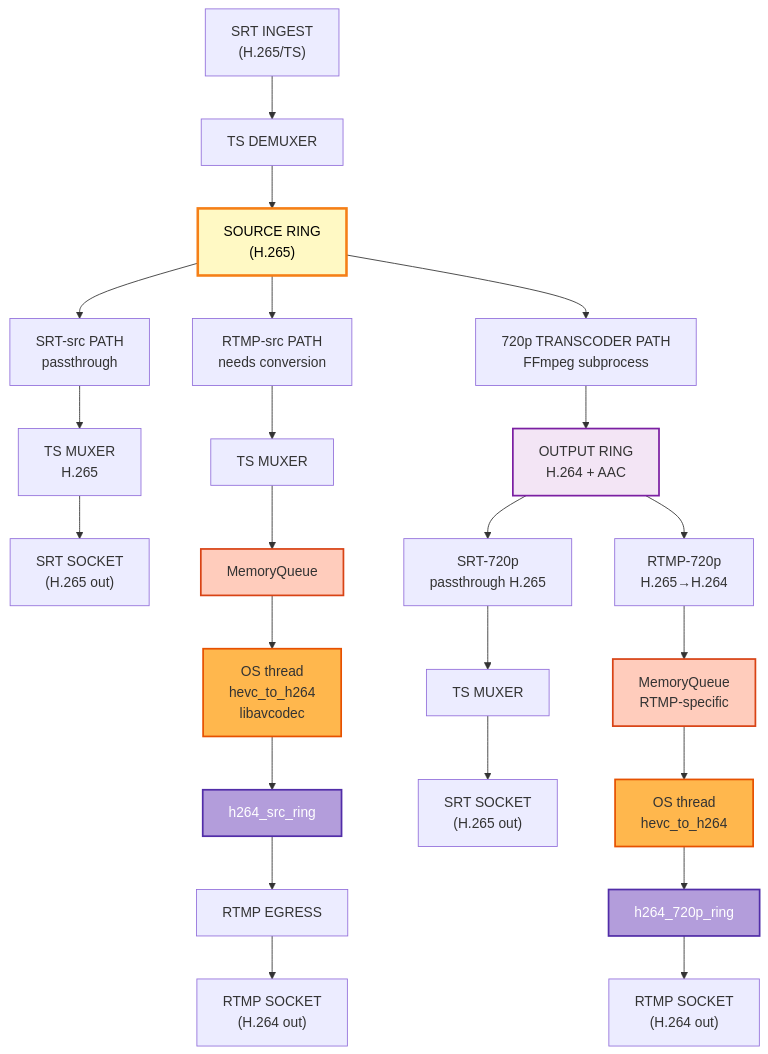
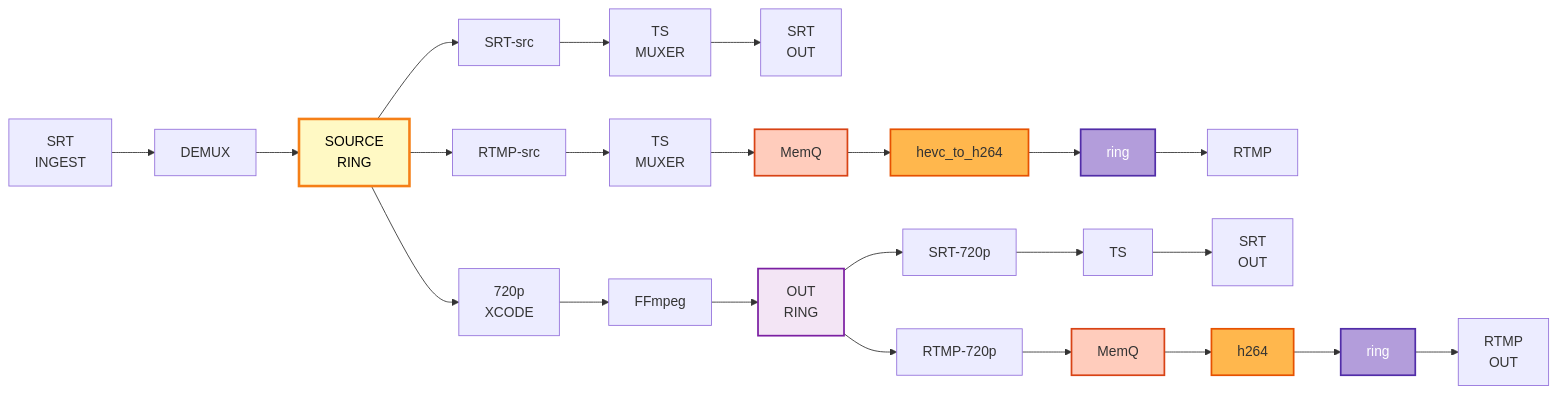
Diagram 17 of 24 in docs/run-to-completion-analysis.md (live-miracles/restream), drawn with Mermaid before and after one commit. The commit also changed other lines of this file, not shown here.

First line of the commit message:
Restructure diagrams to use horizontal layout for vertical space efficiency

````diff
--- a/docs/run-to-completion-analysis.md
+++ b/docs/run-to-completion-analysis.md
@@ -786,47 +649,18 @@
 ```mermaid
-graph TD
-    A["SRT INGEST<br/>(H.265/TS)"]
-    B["TS DEMUXER"]
-    C["SOURCE RING<br/>(H.265)"]
-    
-    D["SRT-src PATH<br/>passthrough"]
-    E["TS MUXER<br/>H.265"]
-    F["SRT SOCKET<br/>(H.265 out)"]
-    
-    G["RTMP-src PATH<br/>needs conversion"]
-    H["TS MUXER"]
-    I["MemoryQueue"]
-    J["OS thread<br/>hevc_to_h264<br/>libavcodec"]
-    K["h264_src_ring"]
-    L["RTMP EGRESS"]
-    M["RTMP SOCKET<br/>(H.264 out)"]
-    
-    N["720p TRANSCODER PATH<br/>FFmpeg subprocess"]
-    O["OUTPUT RING<br/>H.264 + AAC"]
-    
-    P["SRT-720p<br/>passthrough H.265"]
-    Q["TS MUXER"]
-    R["SRT SOCKET<br/>(H.265 out)"]
-    
-    S["RTMP-720p<br/>H.265→H.264"]
-    T["MemoryQueue<br/>RTMP-specific"]
-    U["OS thread<br/>hevc_to_h264"]
-    V["h264_720p_ring"]
-    W["RTMP SOCKET<br/>(H.264 out)"]
-    
-    A --> B --> C
-    C --> D --> E --> F
-    C --> G --> H --> I --> J --> K --> L --> M
-    C --> N --> O
-    O --> P --> Q --> R
-    O --> S --> T --> U --> V --> W
+graph LR
+    A["SRT<br/>INGEST"] --> B["DEMUX"] --> C["SOURCE<br/>RING"]
+    C --> D["SRT-src"] --> E["TS<br/>MUXER"] --> F["SRT<br/>OUT"]
+    C --> G["RTMP-src"] --> H["TS<br/>MUXER"] --> I["MemQ"] --> J["hevc_to_h264"] --> K["ring"] --> L["RTMP"]
+    C --> M["720p<br/>XCODE"] --> N["FFmpeg"] --> O["OUT<br/>RING"]
+    O --> P["SRT-720p"] --> Q["TS"] --> R["SRT<br/>OUT"]
+    O --> S["RTMP-720p"] --> T["MemQ"] --> U["h264"] --> V["ring"] --> W["RTMP<br/>OUT"]
     
     style C fill:#fff9c4,stroke:#f57f17,stroke-width:3px,color:#000
     style I fill:#ffccbc,stroke:#d84315,stroke-width:2px,color:#333
     style J fill:#ffb74d,stroke:#e65100,stroke-width:2px,color:#333
     style K fill:#b39ddb,stroke:#512da8,stroke-width:2px,color:#fff
     style O fill:#f3e5f5,stroke:#7b1fa2,stroke-width:2px,color:#333
     style T fill:#ffccbc,stroke:#d84315,stroke-width:2px,color:#333
     style U fill:#ffb74d,stroke:#e65100,stroke-width:2px,color:#333
     style V fill:#b39ddb,stroke:#512da8,stroke-width:2px,color:#fff
 ```
````
